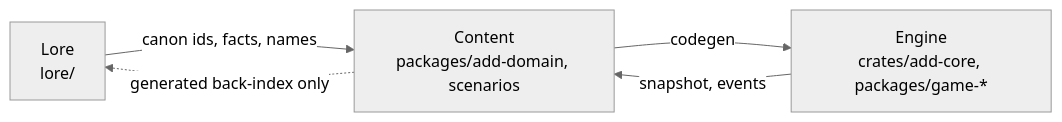
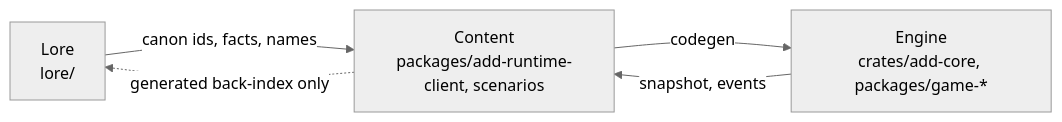
One commit to schiste/aedventure changed the second of 2 diagrams in docs/lore-engine-content-bricks.md. Above: the diagram before and after it, drawn with Mermaid (neutral theme). The commit also changed other lines of this file and 58 other files, not shown here.

Commit message:
broker: promote session 31 (Rename @aedventure/add-domain to @aedventure/add-runtime-client now that it holds only the worker client, i18n, the agent report and the barrel)

````diff
--- a/docs/lore-engine-content-bricks.md
+++ b/docs/lore-engine-content-bricks.md
@@ -115,7 +115,7 @@
 ```mermaid
 flowchart LR
-  L[Lore<br/>lore/] -->|canon ids, facts, names| C[Content<br/>packages/add-domain, scenarios]
+  L[Lore<br/>lore/] -->|canon ids, facts, names| C[Content<br/>packages/add-runtime-client, scenarios]
   C -->|codegen| E[Engine<br/>crates/add-core, packages/game-*]
   E -->|snapshot, events| C
   C -.->|generated back-index only| L
 ```
````
